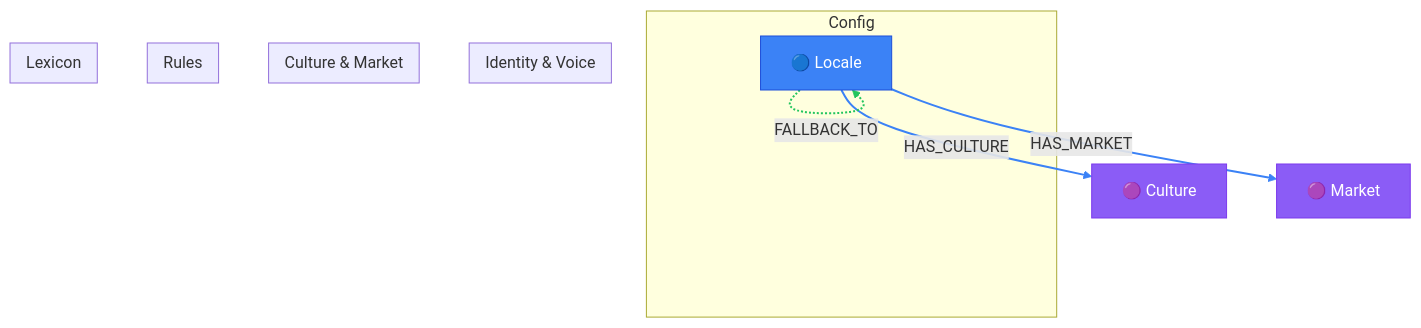
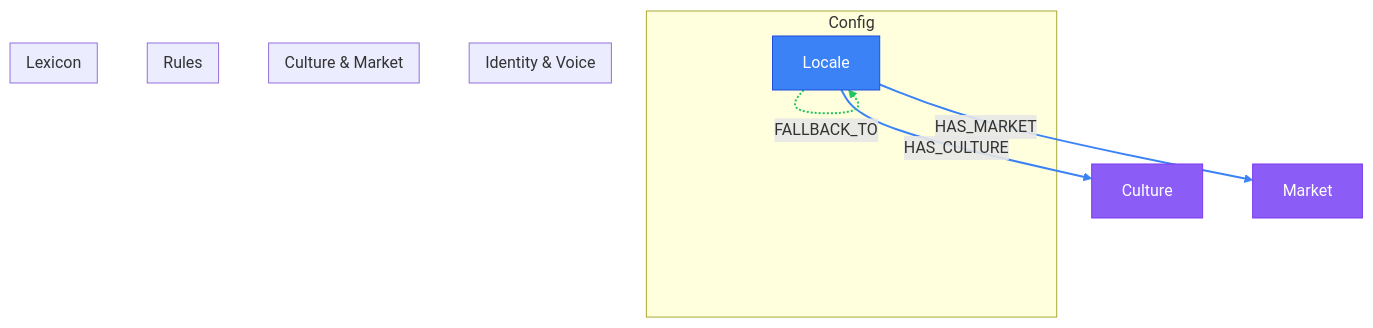
One commit to supernovae-st/novanet changed the diagram in packages/core/models/docs/global-layer.md. Above: the diagram before and after it, drawn with Mermaid. The commit also changed other lines of this file and 45 other files, not shown here.

````diff
--- a/packages/core/models/docs/global-layer.md
+++ b/packages/core/models/docs/global-layer.md
@@ -31,46 +31,46 @@
 ```mermaid
 flowchart TB
-  %% View: Global Layer (global-layer)
+  %% View: Shared Layer (shared-layer)
   %% 3 nodes, 3 arcs
 
   %% Trait styling (node_trait)
-  classDef invariant fill:#3b82f6,stroke:#1d4ed8,color:#fff
-  classDef localized fill:#22c55e,stroke:#16a34a,color:#fff
-  classDef knowledge fill:#8b5cf6,stroke:#7c3aed,color:#fff
-  classDef derived fill:#9ca3af,stroke:#6b7280,color:#fff
-  classDef job fill:#6b7280,stroke:#4b5563,color:#fff
+  classDef defined fill:#3b82f6,stroke:#1d4ed8,color:#fff
+  classDef authored fill:#22c55e,stroke:#16a34a,color:#fff
+  classDef imported fill:#8b5cf6,stroke:#7c3aed,color:#fff
+  classDef generated fill:#9ca3af,stroke:#6b7280,color:#fff
+  classDef retrieved fill:#6b7280,stroke:#4b5563,color:#fff
 
   subgraph CONFIG["Config"]
-    Locale["🔵 Locale"]
+    Locale["Locale"]
   end
 
   subgraph IDENTITY___VOICE["Identity & Voice"]
   end
 
   subgraph CULTURE___MARKET["Culture & Market"]
   end
 
   subgraph RULES["Rules"]
   end
 
   subgraph LEXICON["Lexicon"]
   end
 
   %% Additional reachable nodes
-  Culture["🟣 Culture"]
-  Market["🟣 Market"]
+  Culture["Culture"]
+  Market["Market"]
 
   %% Relationships (styled by arc family)
   Locale -.->|FALLBACK_TO| Locale
   Locale -->|HAS_CULTURE| Culture
   Locale -->|HAS_MARKET| Market
 
   %% Arc colors by family
   linkStyle 0 stroke:#22c55e,stroke-width:2px
   linkStyle 1,2 stroke:#3b82f6,stroke-width:2px
 
   %% Class assignments
-  class Culture knowledge
-  class Locale invariant
-  class Market knowledge
+  class Culture imported
+  class Locale defined
+  class Market imported
 ```
````
